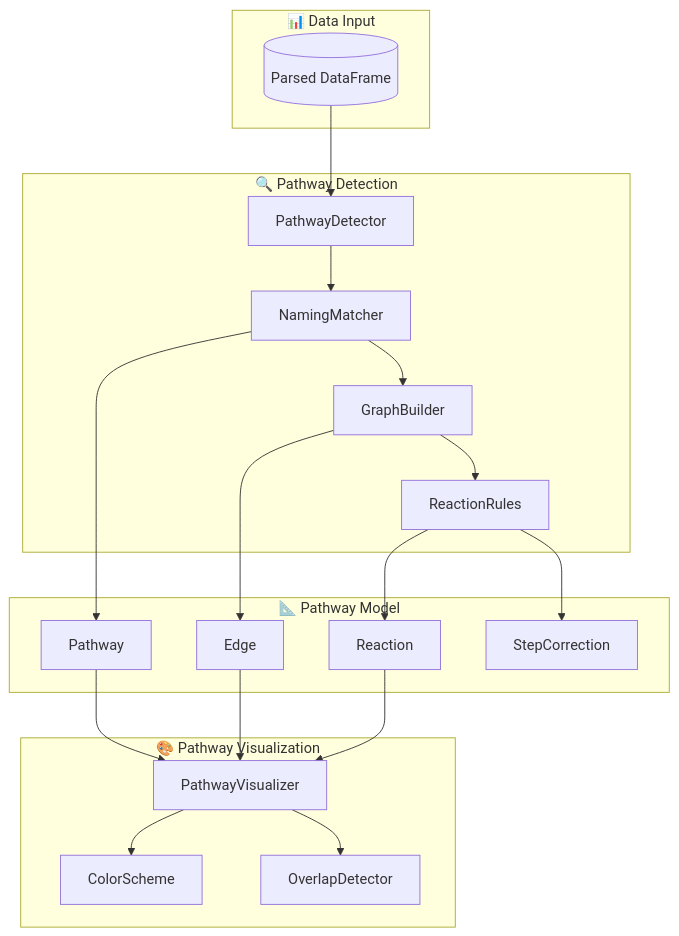
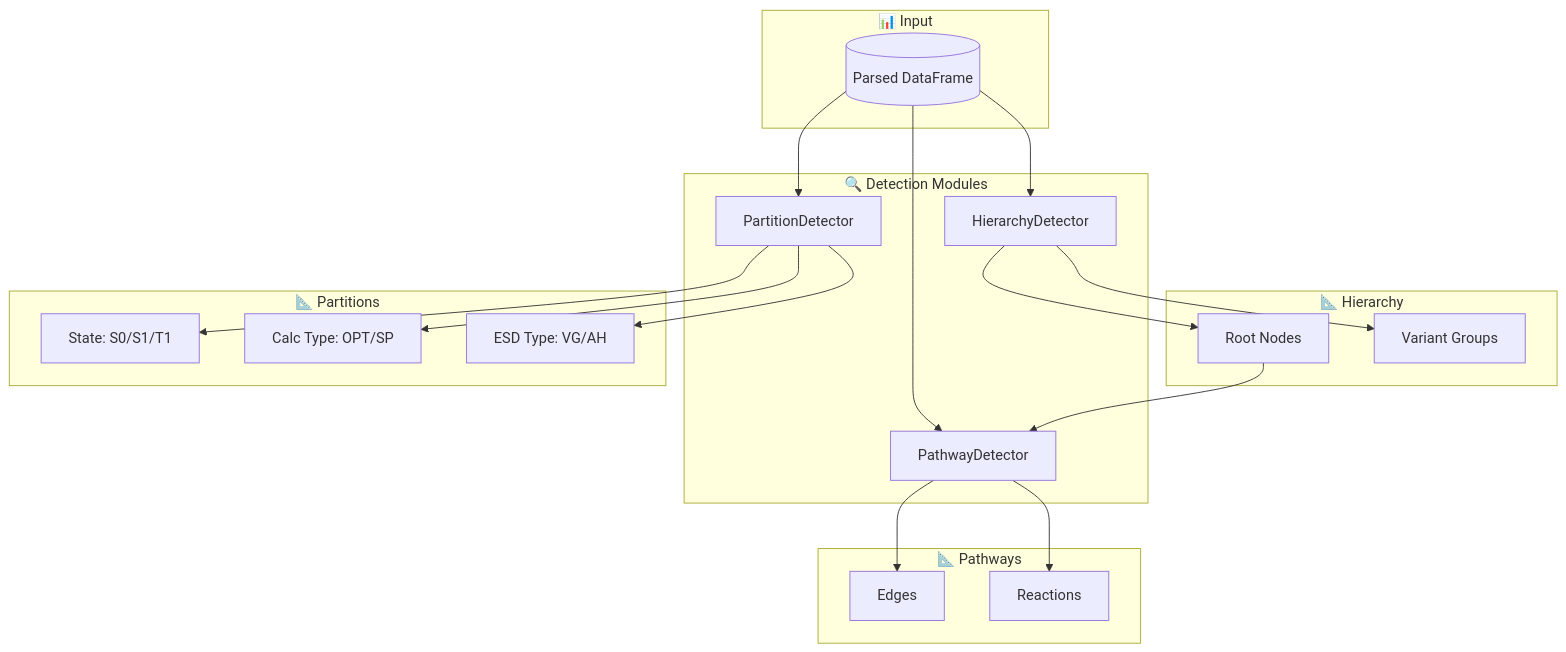
One commit to jauharmz/Orca_Files changed the second of 3 diagrams in README.md. Above: the diagram before and after it, drawn with Mermaid. The commit also changed other lines of this file, not shown here.

Commit message:
docs: Update README to detail new hierarchy, partition, and data export features, and refine architecture diagrams.

````diff
--- a/README.md
+++ b/README.md
@@ -78,37 +76,32 @@
 ```mermaid
 graph TB
-    subgraph "📊 Data Input"
+    subgraph "📊 Input"
         DF[(Parsed DataFrame)]
     end
     
-    subgraph "🔍 Pathway Detection"
+    subgraph "🔍 Detection Modules"
+        HD[HierarchyDetector]
+        PRT[PartitionDetector]
         PD[PathwayDetector]
-        NM[NamingMatcher]
-        GD[GraphBuilder]
-        RR[ReactionRules]
     end
     
-    subgraph "📐 Pathway Model"
-        PW[Pathway]
-        ED[Edge]
-        RX[Reaction]
-        SC[StepCorrection]
+    subgraph "📐 Hierarchy"
+        H1[Root Nodes]
+        H2[Variant Groups]
     end
     
-    subgraph "🎨 Pathway Visualization"
-        PWV[PathwayVisualizer]
-        CS[ColorScheme]
-        OD[OverlapDetector]
+    subgraph "📐 Partitions"
+        P1[State: S0/S1/T1]
+        P2[Calc Type: OPT/SP]
+        P3[ESD Type: VG/AH]
     end
     
-    DF --> PD
-    PD --> NM --> GD
-    GD --> RR
+    subgraph "📐 Pathways"
+        PW1[Edges]
+        PW2[Reactions]
+    end
     
-    NM --> PW
-    GD --> ED
-    RR --> RX & SC
-    
-    PW & ED & RX --> PWV
-    PWV --> CS & OD
+    DF --> HD --> H1 & H2
+    DF --> PRT --> P1 & P2 & P3
+    DF & H1 --> PD --> PW1 & PW2
 ```
````
